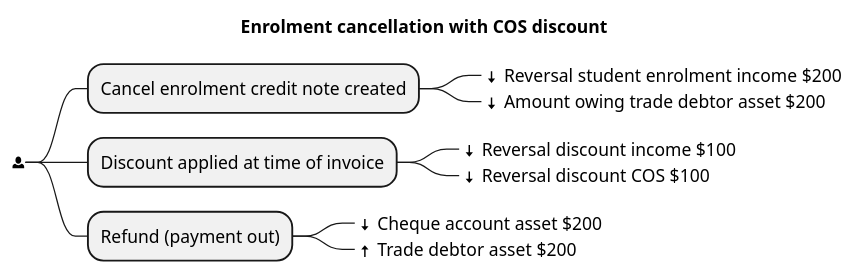
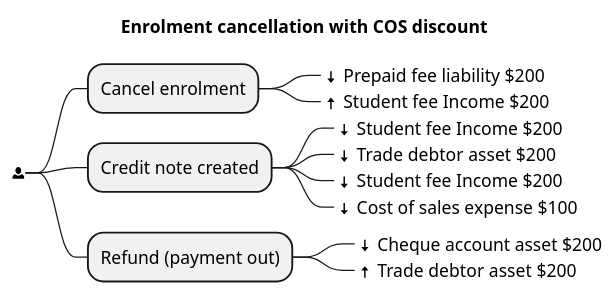
Before and after one commit to ishgroup/onCourseDocs: the tenth of 12 diagrams in manual/src/accounting.adoc, drawn with PlantUML. The commit also changed other lines of this file and 3 other files, not shown here.

Commit message:
Replace the last of the acounting diagrams

```diff
--- a/manual/src/accounting.adoc
+++ b/manual/src/accounting.adoc
@@ -311,18 +311,20 @@
 [plantuml]
 ----
 @startmindmap
 title Enrolment cancellation with COS discount
 
 *_ <&person>
-** Cancel enrolment credit note created
-***_ <&arrow-bottom> Reversal student enrolment income $200
-***_ <&arrow-bottom> Amount owing trade debtor asset $200
+** Cancel enrolment
+***_ <&arrow-bottom> Prepaid fee liability $200
+***_ <&arrow-top> Student fee Income $200
 
-** Discount applied at time of invoice
-***_ <&arrow-bottom> Reversal discount income $100
-***_ <&arrow-bottom> Reversal discount COS $100
+** Credit note created
+***_ <&arrow-bottom> Student fee Income $200
+***_ <&arrow-bottom> Trade debtor asset $200
+***_ <&arrow-bottom> Student fee Income $200
+***_ <&arrow-bottom> Cost of sales expense $100
 
 ** Refund (payment out)
 ***_ <&arrow-bottom> Cheque account asset $200
 ***_ <&arrow-top> Trade debtor asset $200
 ----
```
